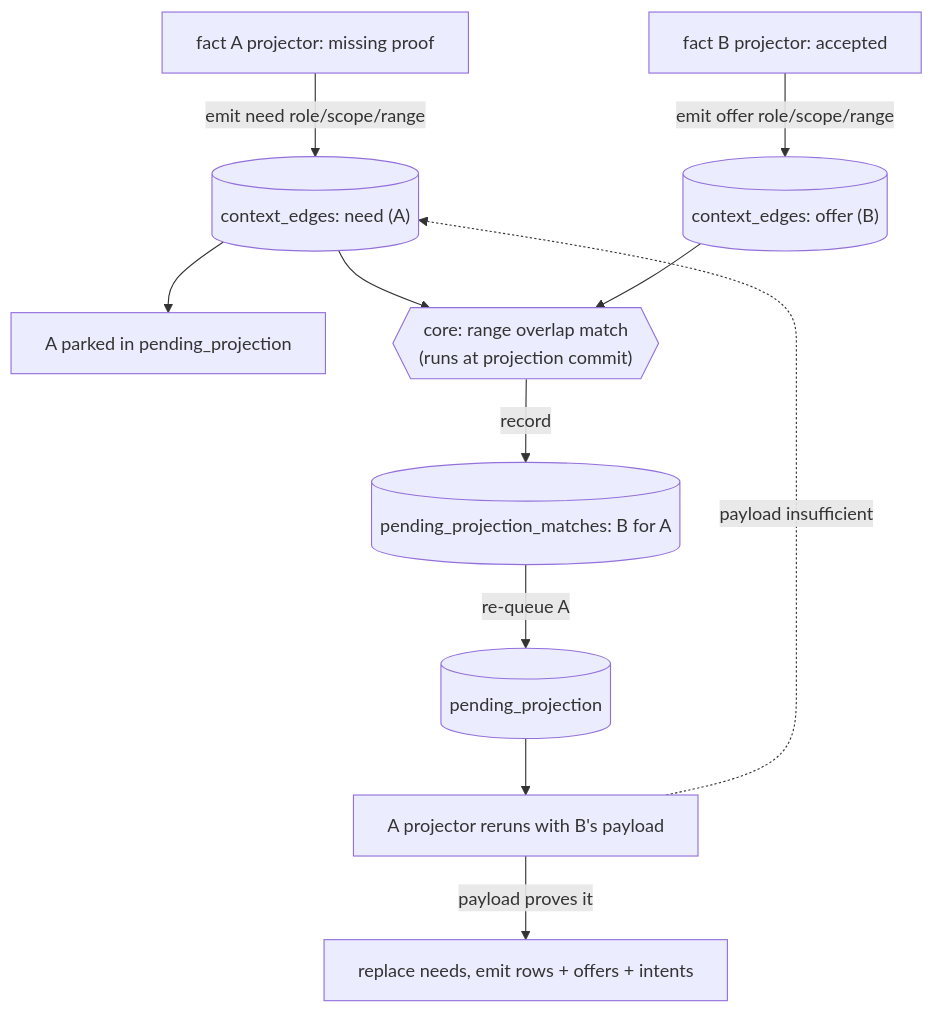
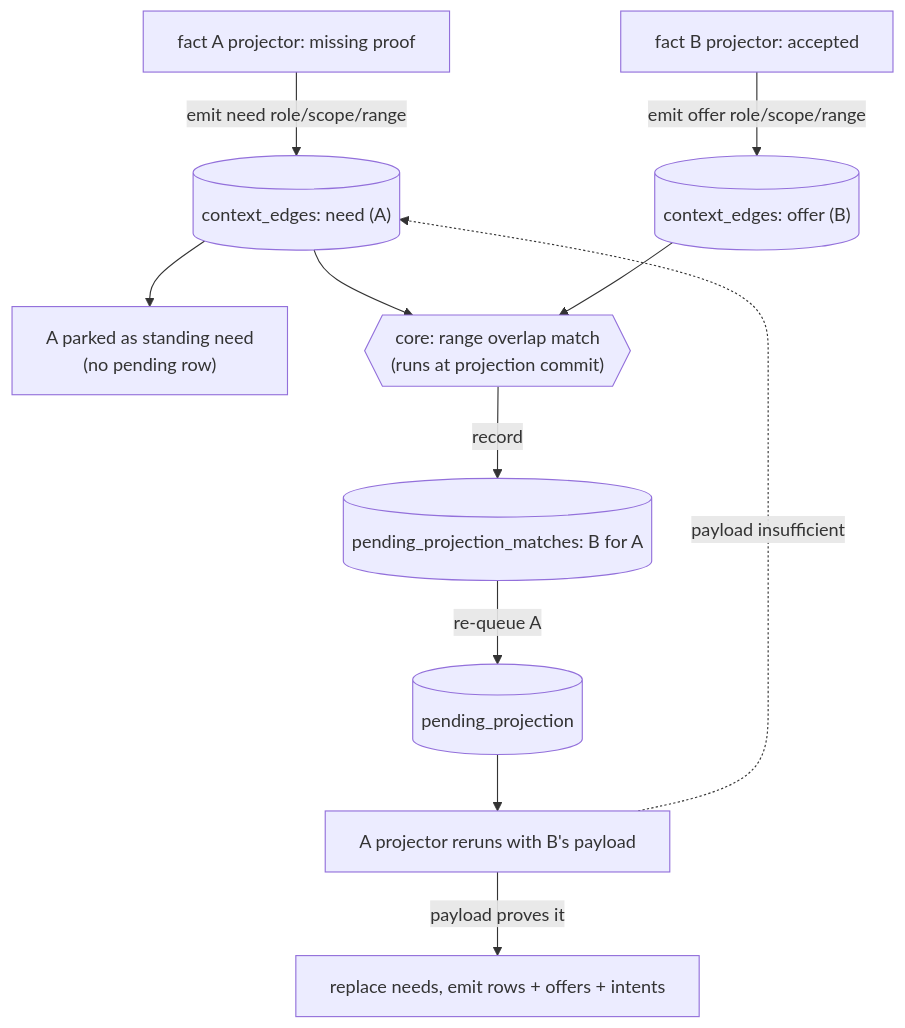
Before and after one commit to holmesworcester/poc-10: the third of 5 diagrams in ARCHITECTURE_DIAGRAMS.md, drawn with Mermaid. The commit also changed other lines of this file and 2 other files, not shown here.

Commit message:
docs: clarify parked needs and emitted facts

````diff
--- a/ARCHITECTURE_DIAGRAMS.md
+++ b/ARCHITECTURE_DIAGRAMS.md
@@ -201,16 +206,16 @@
 ```mermaid
 %%{init: {"flowchart": {"wrappingWidth": 300}} }%%
 flowchart TD
     A["fact A projector: missing proof"] -->|emit need role/scope/range| NEED[("context_edges: need (A)")]
-    NEED --> PARK["A parked in pending_projection"]
+    NEED --> PARK["A parked as standing need<br/>(no pending row)"]
 
     B["fact B projector: accepted"] -->|emit offer role/scope/range| OFFER[("context_edges: offer (B)")]
 
     NEED --> MATCH{{"core: range overlap match<br/>(runs at projection commit)"}}
     OFFER --> MATCH
     MATCH -->|record| MATCHED[("pending_projection_matches: B for A")]
     MATCHED -->|re-queue A| PENDING[("pending_projection")]
     PENDING --> REPROJECT["A projector reruns with B's payload"]
     REPROJECT -->|payload proves it| OUT["replace needs, emit rows + offers + intents"]
     REPROJECT -.payload insufficient.-> NEED
 ```
````
